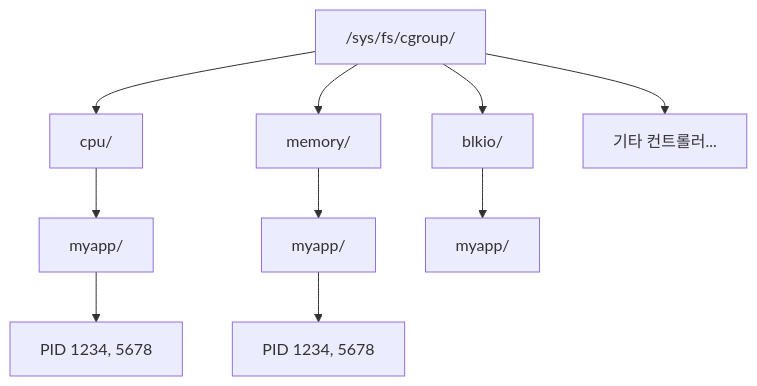
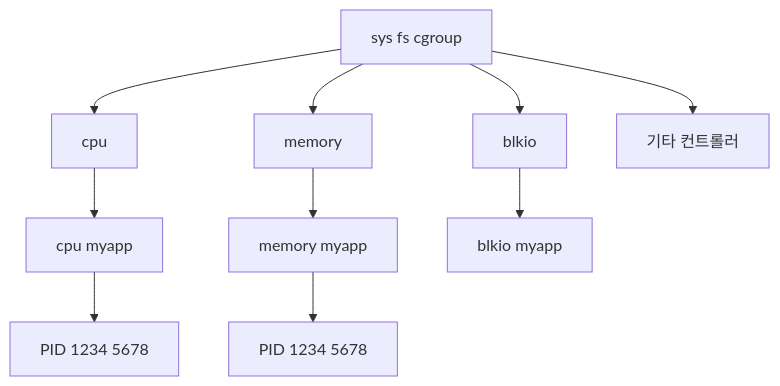
Before and after one commit to moonblueblue/devops-wiki: the first of 2 diagrams in content/linux/process-isolation/cgroups.md, drawn with Mermaid. The commit also changed other lines of this file and 37 other files, not shown here.

First line of the commit message:
style: linux 카테고리 ASCII 도표·Mermaid 라벨 형식 교정

````diff
--- a/content/linux/process-isolation/cgroups.md
+++ b/content/linux/process-isolation/cgroups.md
@@ -41,13 +41,13 @@
 ```mermaid
 graph TD
-    ROOT["/sys/fs/cgroup/"]
-    ROOT --> CPU["cpu/"]
-    ROOT --> MEM["memory/"]
-    ROOT --> BLK["blkio/"]
-    ROOT --> ETC["기타 컨트롤러..."]
-    CPU --> CPU_APP["myapp/"]
-    CPU_APP --> CPU_PID["PID 1234, 5678"]
-    MEM --> MEM_APP["myapp/"]
-    MEM_APP --> MEM_PID["PID 1234, 5678"]
-    BLK --> BLK_APP["myapp/"]
+    ROOT["sys fs cgroup"]
+    ROOT --> CPU["cpu"]
+    ROOT --> MEM["memory"]
+    ROOT --> BLK["blkio"]
+    ROOT --> ETC["기타 컨트롤러"]
+    CPU --> CPU_APP["cpu myapp"]
+    CPU_APP --> CPU_PID["PID 1234 5678"]
+    MEM --> MEM_APP["memory myapp"]
+    MEM_APP --> MEM_PID["PID 1234 5678"]
+    BLK --> BLK_APP["blkio myapp"]
 ```
````
